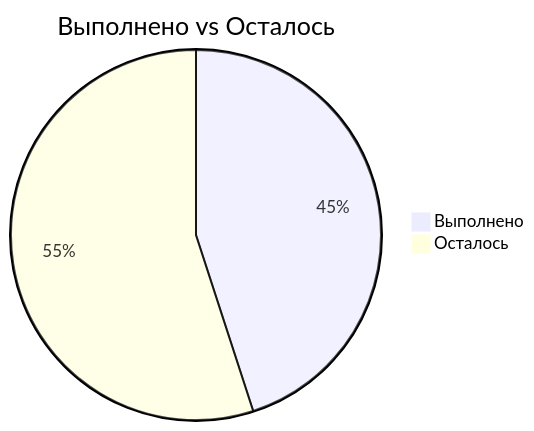
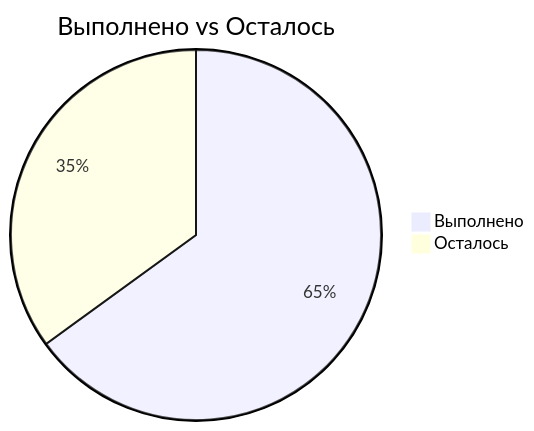
Before and after one commit to zubkovfpk/hydromet_bulletin: the second of 2 diagrams in docs/project_progress.md, drawn with Mermaid. The commit also changed other lines of this file, not shown here.

````diff
--- a/docs/project_progress.md
+++ b/docs/project_progress.md
@@ -37,5 +34,5 @@
 ```mermaid
 pie title Выполнено vs Осталось
-    "Выполнено" : 45
-    "Осталось" : 55
+    "Выполнено" : 65
+    "Осталось" : 35
 ```
````
